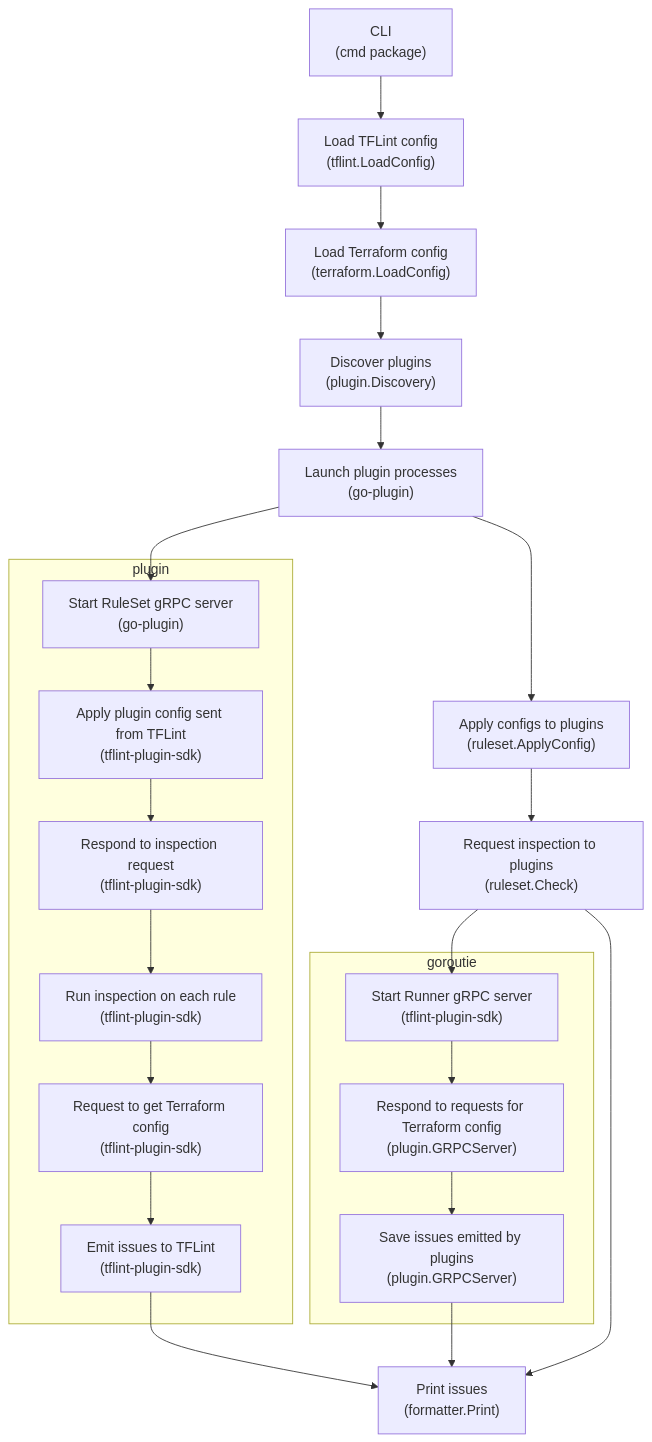
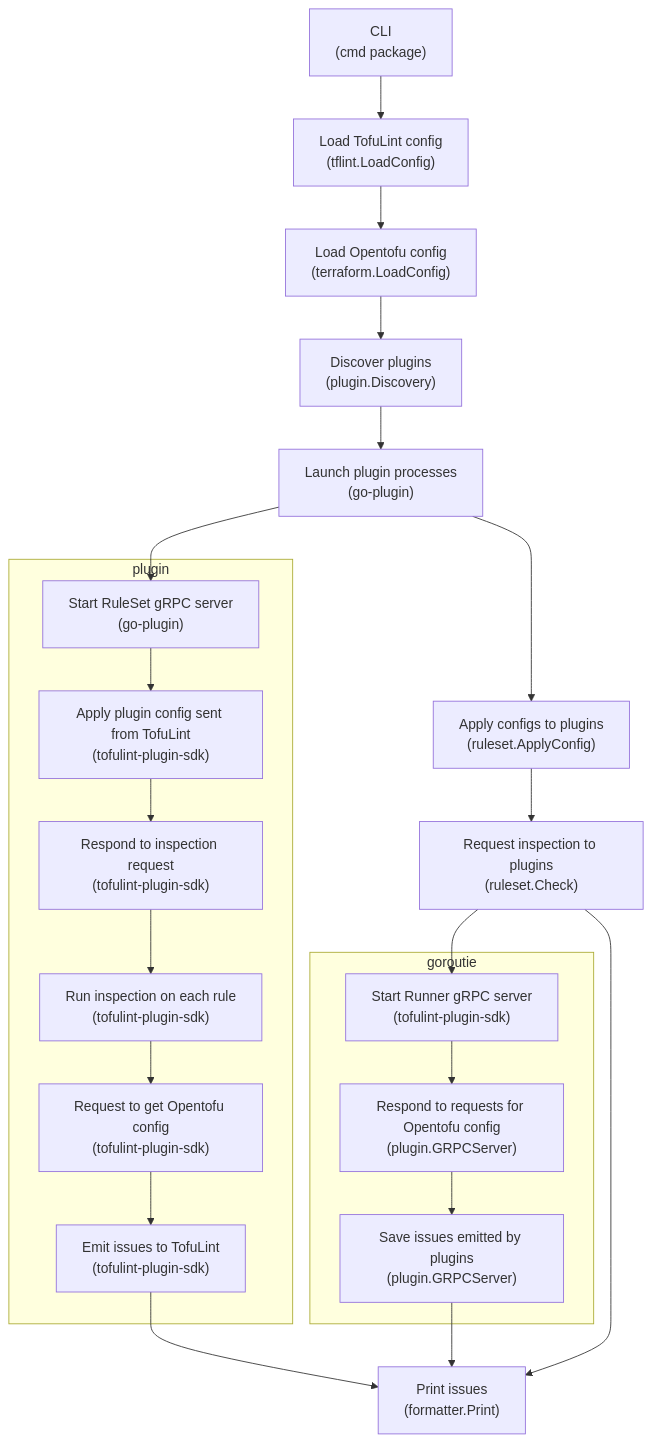
The first of 2 diagrams in docs/developer-guide/architecture.md (arsiba/tofulint), drawn with Mermaid before and after one commit. The commit also changed other lines of this file and 4 other files, not shown here.

````diff
--- a/docs/developer-guide/architecture.md
+++ b/docs/developer-guide/architecture.md
@@ -24,25 +24,25 @@
 ```mermaid
 flowchart TB
-  CLI["CLI<br/>(cmd package)"]-->configLoad["Load TFLint config<br/>(tflint.LoadConfig)"]
-  configLoad-->tfLoad["Load Terraform config<br/>(terraform.LoadConfig)"]
+  CLI["CLI<br/>(cmd package)"]-->configLoad["Load TofuLint config<br/>(tflint.LoadConfig)"]
+  configLoad-->tfLoad["Load Opentofu config<br/>(terraform.LoadConfig)"]
   tfLoad-->discoverPlugin["Discover plugins<br/>(plugin.Discovery)"]
   discoverPlugin-->launchPlugin["Launch plugin processes<br/>(go-plugin)"]
   launchPlugin-->startRulesetServer["Start RuleSet gRPC server<br/>(go-plugin)"]
   launchPlugin-->applyPluginConfig["Apply configs to plugins<br/>(ruleset.ApplyConfig)"]
   applyPluginConfig-->requestCheck["Request inspection to plugins<br/>(ruleset.Check)"]
-  requestCheck-->startRunnerServer["Start Runner gRPC server<br/>(tflint-plugin-sdk)"]
+  requestCheck-->startRunnerServer["Start Runner gRPC server<br/>(tofulint-plugin-sdk)"]
   requestCheck-->printIssues["Print issues<br/>(formatter.Print)"]
   subgraph goroutie
-    startRunnerServer-->respondTerraformConfig["Respond to requests for Terraform config<br/>(plugin.GRPCServer)"]
-    respondTerraformConfig-->saveIssues["Save issues emitted by plugins<br/>(plugin.GRPCServer)"]
+    startRunnerServer-->respondOpentofuConfig["Respond to requests for Opentofu config<br/>(plugin.GRPCServer)"]
+    respondOpentofuConfig-->saveIssues["Save issues emitted by plugins<br/>(plugin.GRPCServer)"]
   end
   subgraph plugin
-    startRulesetServer-->appliedPluginConfig["Apply plugin config sent from TFLint<br/>(tflint-plugin-sdk)"]
-    appliedPluginConfig-->respondCheck["Respond to inspection request<br/>(tflint-plugin-sdk)"]
-    respondCheck-->runInspection["Run inspection on each rule<br/>(tflint-plugin-sdk)"]
-    runInspection-->requestTerraformConfig["Request to get Terraform config<br/>(tflint-plugin-sdk)"]
-    requestTerraformConfig-->requestEmitIssue["Emit issues to TFLint<br/>(tflint-plugin-sdk)"]
+    startRulesetServer-->appliedPluginConfig["Apply plugin config sent from TofuLint<br/>(tofulint-plugin-sdk)"]
+    appliedPluginConfig-->respondCheck["Respond to inspection request<br/>(tofulint-plugin-sdk)"]
+    respondCheck-->runInspection["Run inspection on each rule<br/>(tofulint-plugin-sdk)"]
+    runInspection-->requestOpentofuConfig["Request to get Opentofu config<br/>(tofulint-plugin-sdk)"]
+    requestOpentofuConfig-->requestEmitIssue["Emit issues to TofuLint<br/>(tofulint-plugin-sdk)"]
   end
   requestEmitIssue-->printIssues
   saveIssues-->printIssues
 ```
````
